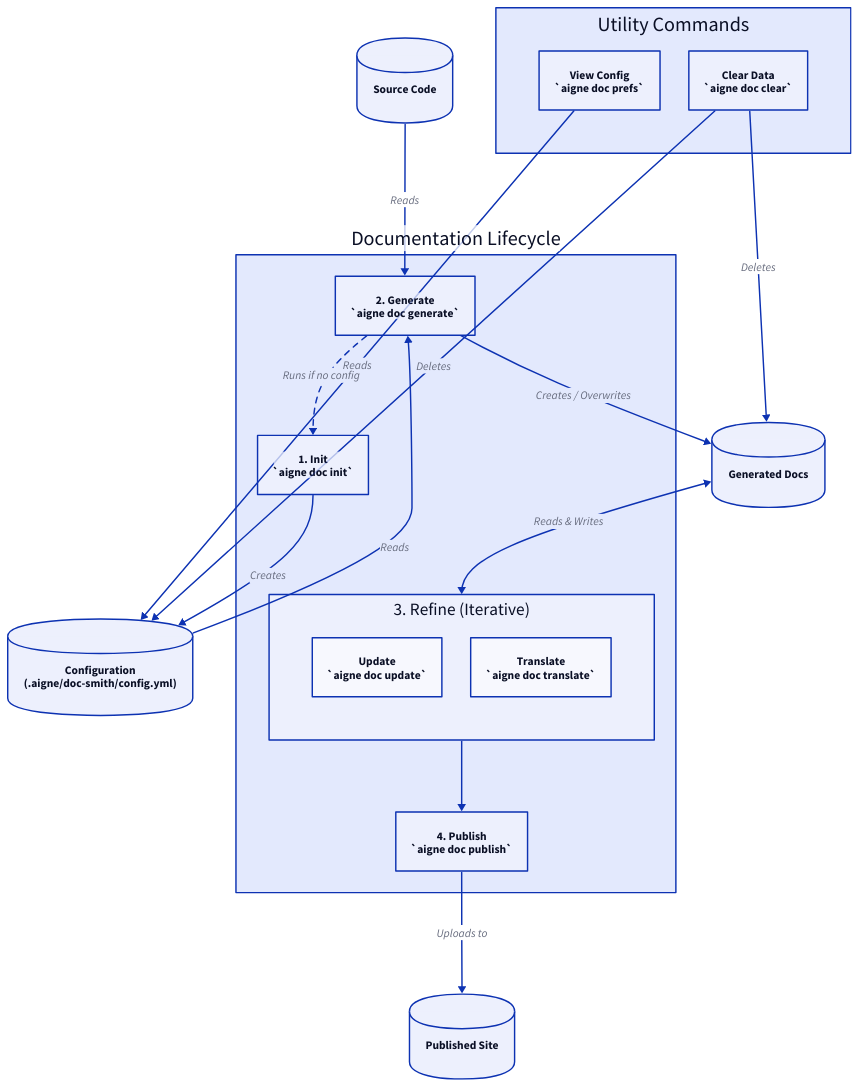
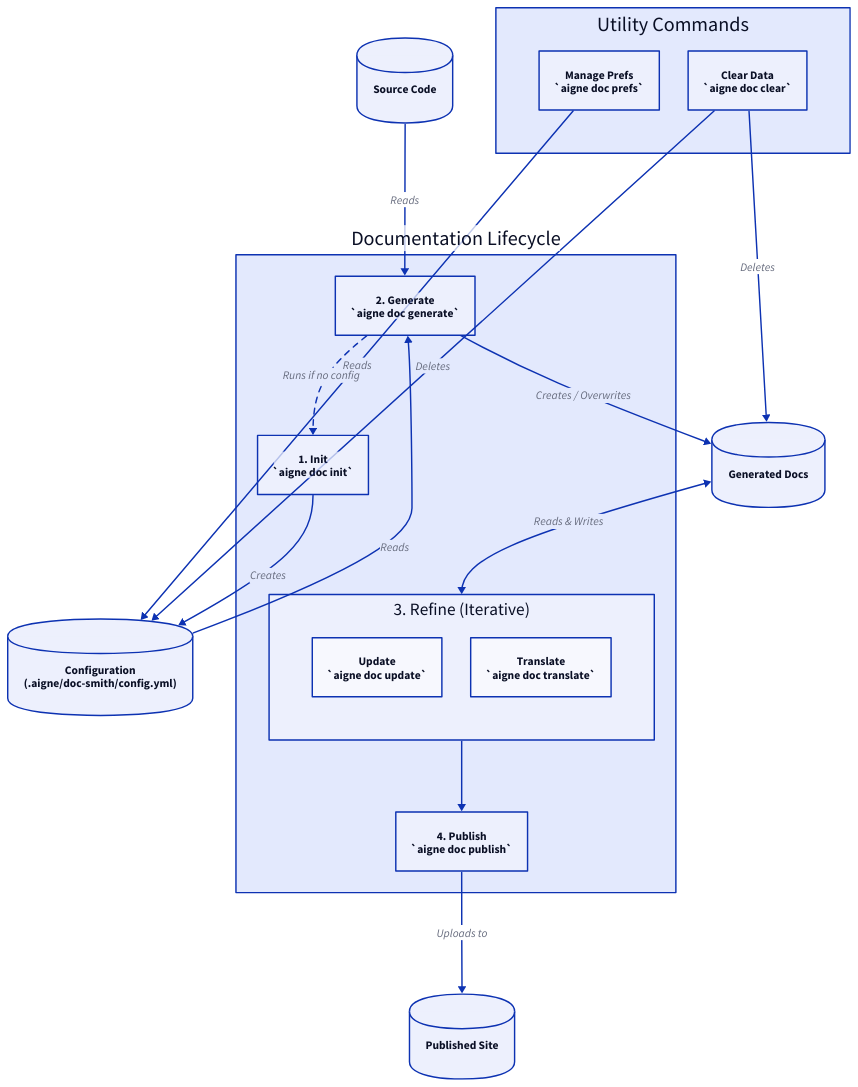
One commit to AIGNE-io/aigne-doc-smith changed the diagram in docs/cli-reference.md. Above: the diagram before and after it, drawn with D2. The commit also changed other lines of this file and 69 other files, not shown here.

```diff
--- a/docs/cli-reference.md
+++ b/docs/cli-reference.md
@@ -73,7 +73,7 @@
   grid-columns: 2
   
   prefs: {
-    label: "View Config\n`aigne doc prefs`"
+    label: "Manage Prefs\n`aigne doc prefs`"
     shape: rectangle
   }
   clear: {
```
